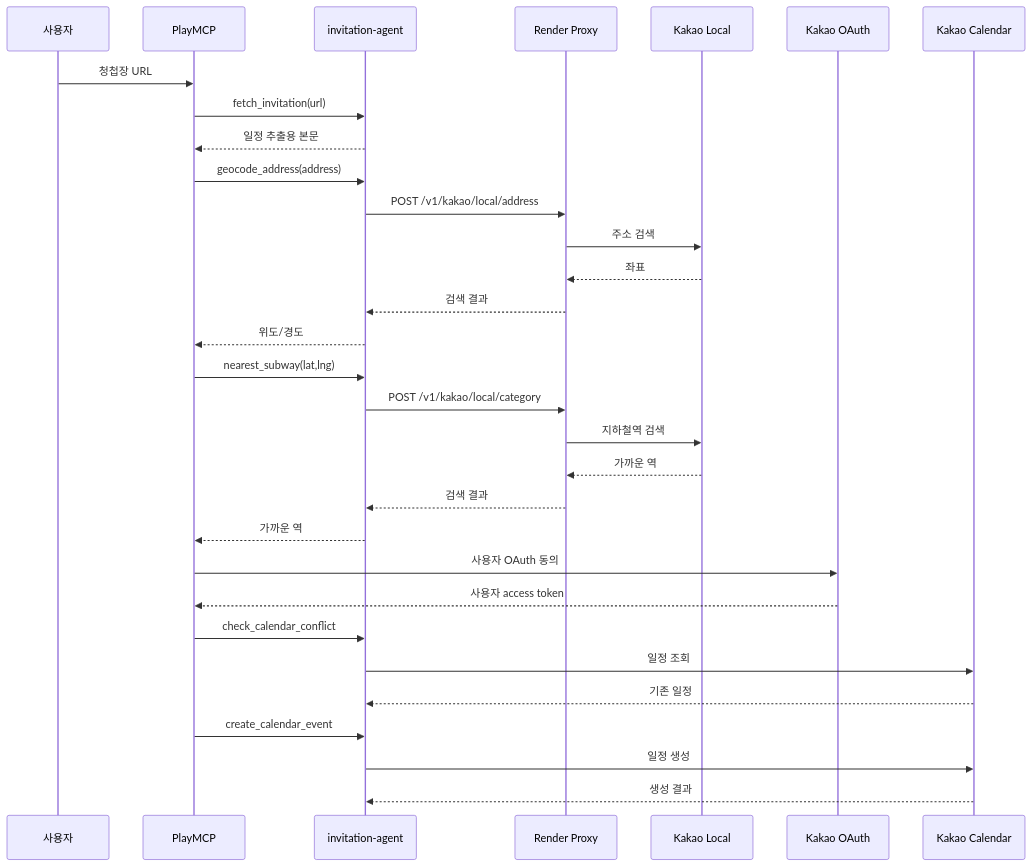
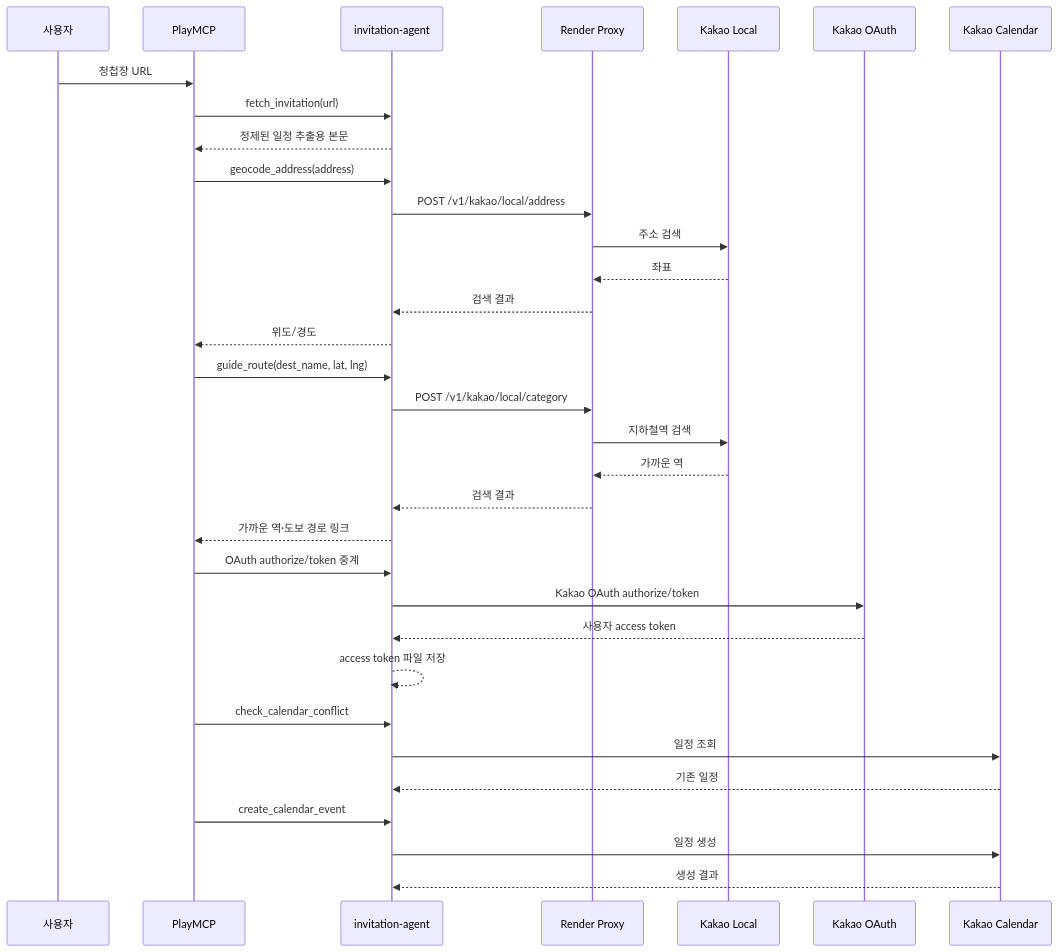
The third of 3 diagrams in docs/architecture.md (kakao-agentic-player-10/playmcp-infra), drawn with Mermaid before and after one commit. The commit also changed other lines of this file and 5 other files, not shown here.

````diff
--- a/docs/architecture.md
+++ b/docs/architecture.md
@@ -76,34 +78,36 @@
 ```mermaid
 sequenceDiagram
     participant U as 사용자
     participant P as PlayMCP
     participant I as invitation-agent
     participant R as Render Proxy
     participant K as Kakao Local
     participant KO as Kakao OAuth
     participant KC as Kakao Calendar
 
     U->>P: 청첩장 URL
     P->>I: fetch_invitation(url)
-    I-->>P: 일정 추출용 본문
+    I-->>P: 정제된 일정 추출용 본문
     P->>I: geocode_address(address)
     I->>R: POST /v1/kakao/local/address
     R->>K: 주소 검색
     K-->>R: 좌표
     R-->>I: 검색 결과
     I-->>P: 위도/경도
-    P->>I: nearest_subway(lat,lng)
+    P->>I: guide_route(dest_name, lat, lng)
     I->>R: POST /v1/kakao/local/category
     R->>K: 지하철역 검색
     K-->>R: 가까운 역
     R-->>I: 검색 결과
-    I-->>P: 가까운 역
-    P->>KO: 사용자 OAuth 동의
-    KO-->>P: 사용자 access token
+    I-->>P: 가까운 역·도보 경로 링크
+    P->>I: OAuth authorize/token 중계
+    I->>KO: Kakao OAuth authorize/token
+    KO-->>I: 사용자 access token
+    I-->>I: access token 파일 저장
     P->>I: check_calendar_conflict
     I->>KC: 일정 조회
     KC-->>I: 기존 일정
     P->>I: create_calendar_event
     I->>KC: 일정 생성
     KC-->>I: 생성 결과
 ```
````
